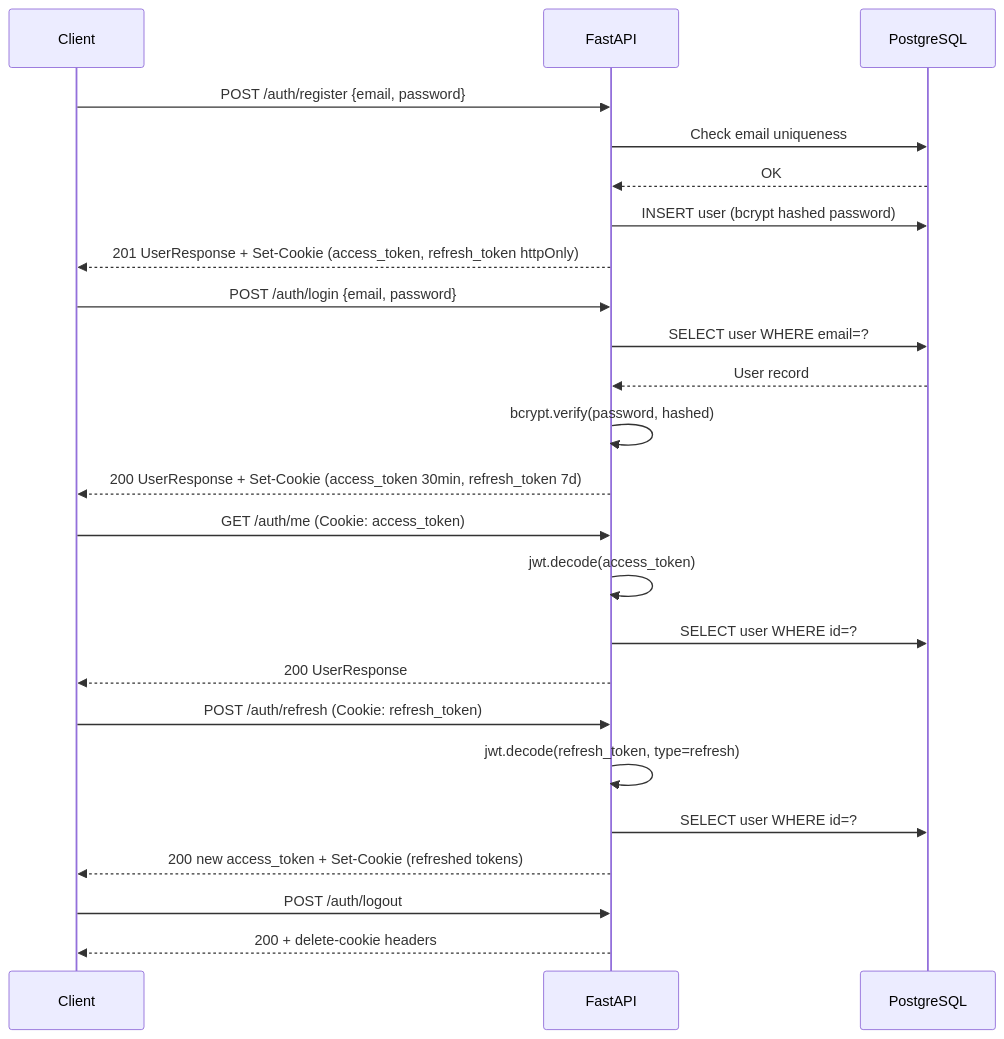
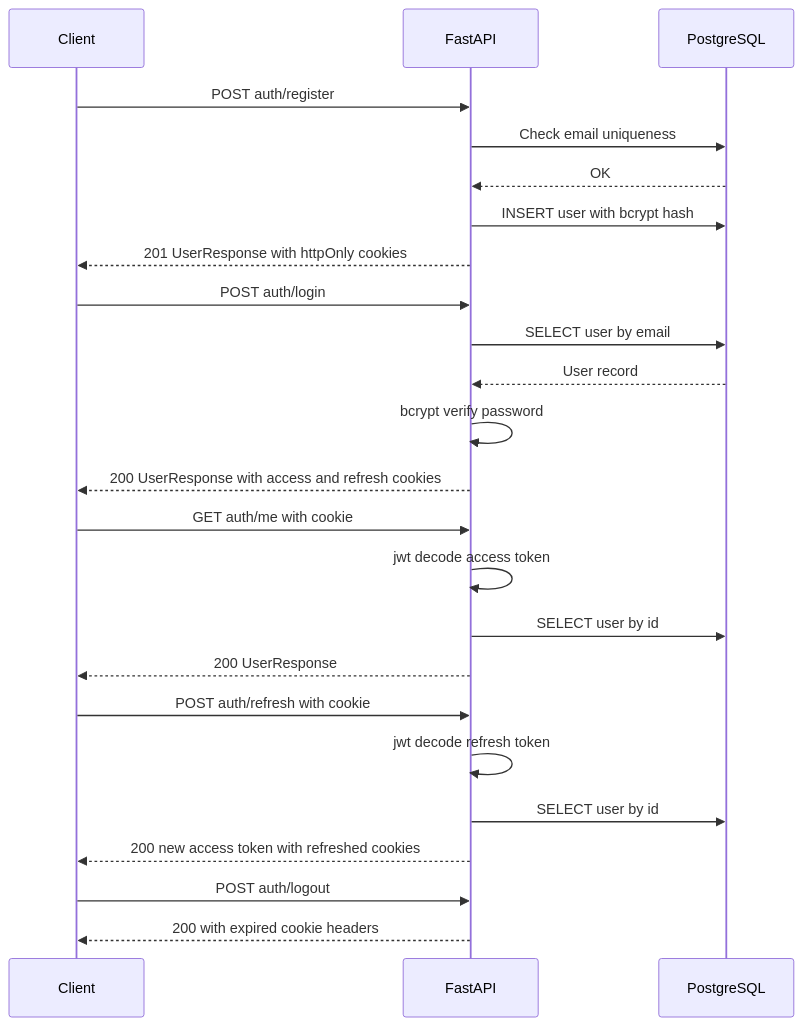
One commit to ramakrishnabalijepally-del/IdeaForge changed the fifth of 10 diagrams in docs/Architecture.md. Above: the diagram before and after it, drawn with Mermaid. The commit also changed other lines of this file, not shown here.

First line of the commit message:
Fix all Mermaid diagrams in Architecture.md for GitHub compatibility

````diff
--- a/docs/Architecture.md
+++ b/docs/Architecture.md
@@ -191,31 +191,31 @@
 ```mermaid
 sequenceDiagram
     participant C as Client
     participant BE as FastAPI
     participant DB as PostgreSQL
 
-    C->>BE: POST /auth/register {email, password}
+    C->>BE: POST auth/register
     BE->>DB: Check email uniqueness
     DB-->>BE: OK
-    BE->>DB: INSERT user (bcrypt hashed password)
-    BE-->>C: 201 UserResponse + Set-Cookie (access_token, refresh_token httpOnly)
+    BE->>DB: INSERT user with bcrypt hash
+    BE-->>C: 201 UserResponse with httpOnly cookies
 
-    C->>BE: POST /auth/login {email, password}
-    BE->>DB: SELECT user WHERE email=?
+    C->>BE: POST auth/login
+    BE->>DB: SELECT user by email
     DB-->>BE: User record
-    BE->>BE: bcrypt.verify(password, hashed)
-    BE-->>C: 200 UserResponse + Set-Cookie (access_token 30min, refresh_token 7d)
+    BE->>BE: bcrypt verify password
+    BE-->>C: 200 UserResponse with access and refresh cookies
 
-    C->>BE: GET /auth/me (Cookie: access_token)
-    BE->>BE: jwt.decode(access_token)
-    BE->>DB: SELECT user WHERE id=?
+    C->>BE: GET auth/me with cookie
+    BE->>BE: jwt decode access token
+    BE->>DB: SELECT user by id
     BE-->>C: 200 UserResponse
 
-    C->>BE: POST /auth/refresh (Cookie: refresh_token)
-    BE->>BE: jwt.decode(refresh_token, type=refresh)
-    BE->>DB: SELECT user WHERE id=?
-    BE-->>C: 200 new access_token + Set-Cookie (refreshed tokens)
+    C->>BE: POST auth/refresh with cookie
+    BE->>BE: jwt decode refresh token
+    BE->>DB: SELECT user by id
+    BE-->>C: 200 new access token with refreshed cookies
 
-    C->>BE: POST /auth/logout
-    BE-->>C: 200 + delete-cookie headers
+    C->>BE: POST auth/logout
+    BE-->>C: 200 with expired cookie headers
 ```
````
